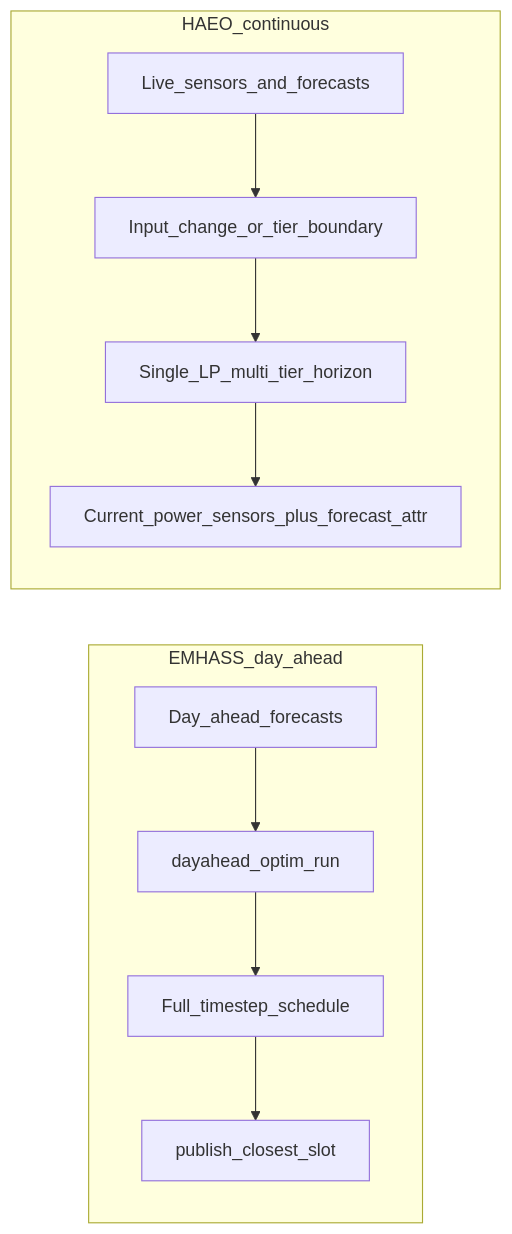
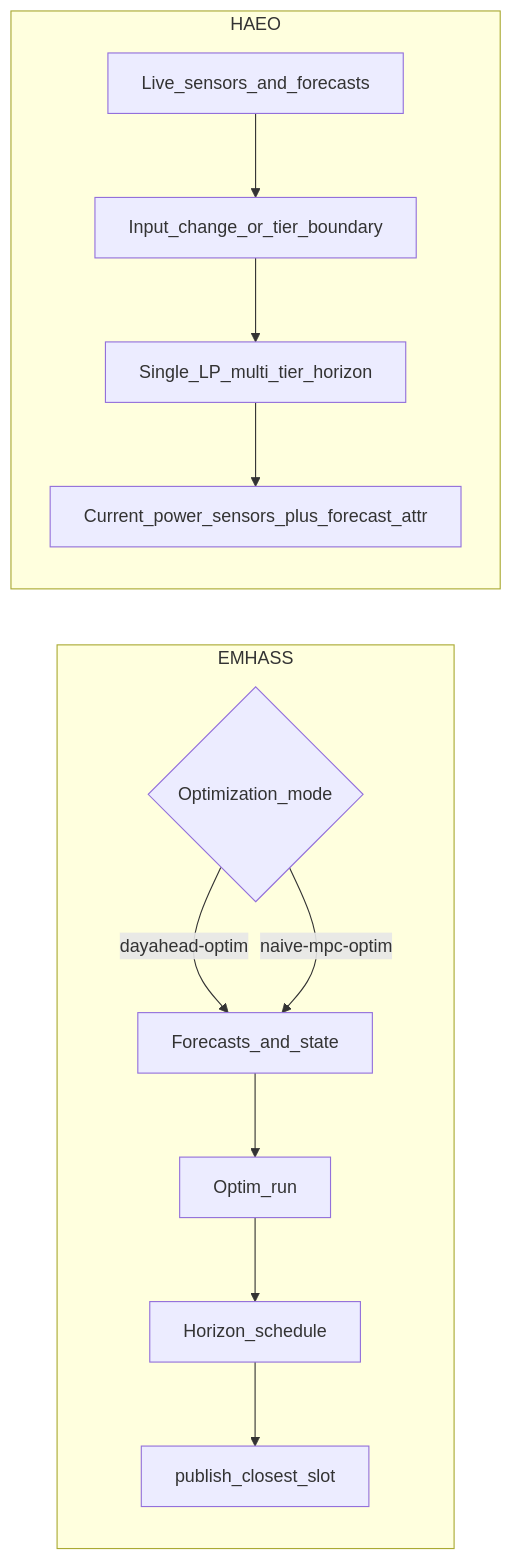
One commit to hass-energy/haeo changed the diagram in docs/user-guide/alternatives.md. Above: the diagram before and after it, drawn with Mermaid. The commit also changed other lines of this file and 1 other file, not shown here.

First line of the commit message:
Document power policies and EMHASS MPC mode in comparisons

````diff
--- a/docs/user-guide/alternatives.md
+++ b/docs/user-guide/alternatives.md
@@ -32,17 +33,20 @@
 ```mermaid
 flowchart LR
-  subgraph emhassFlow [EMHASS_day_ahead]
-    Forecasts[Day_ahead_forecasts]
-    Once[dayahead_optim_run]
-    Schedule[Full_timestep_schedule]
+  subgraph emhassFlow [EMHASS]
+    Mode{Optimization_mode}
+    Inputs[Forecasts_and_state]
+    Optim[Optim_run]
+    Schedule[Horizon_schedule]
     Publish[publish_closest_slot]
-    Forecasts --> Once --> Schedule --> Publish
+    Mode -->|dayahead-optim| Inputs
+    Mode -->|naive-mpc-optim| Inputs
+    Inputs --> Optim --> Schedule --> Publish
   end
-  subgraph haeoFlow [HAEO_continuous]
+  subgraph haeoFlow [HAEO]
     Live[Live_sensors_and_forecasts]
     Trigger[Input_change_or_tier_boundary]
     Solve[Single_LP_multi_tier_horizon]
     Now[Current_power_sensors_plus_forecast_attr]
     Live --> Trigger --> Solve --> Now
   end
 ```
````
